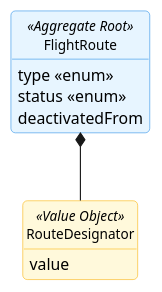
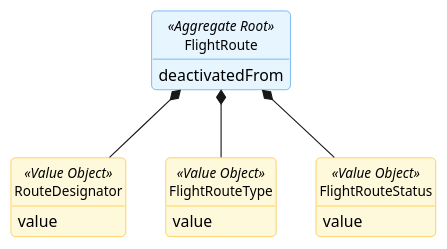
The diagram in docs/global-artifacts/02.analysis/puml/Aggregates/FlightRouteAggregate.puml (GustavoFerreira24/flight-management-platform), drawn with PlantUML before and after one commit. The commit also changed 15 other files, not shown here.

```diff
--- a/docs/global-artifacts/02.analysis/puml/Aggregates/FlightRouteAggregate.puml
+++ b/docs/global-artifacts/02.analysis/puml/Aggregates/FlightRouteAggregate.puml
@@ -1,38 +1,46 @@
 @startuml
 skinparam {
     BackgroundColor white
     RoundCorner 8
     Shadowing false
     Handwritten false
     ClassAttributeIconSize 0
 
     ClassBackgroundColor white
     ClassBorderColor #495057
     ClassFontSize 12
 
     ClassBackgroundColor<<Aggregate Root>> #E7F5FF
     ClassBorderColor<<Aggregate Root>> #228BE6
 
     ClassBackgroundColor<<Value Object>> #FFF9DB
     ClassBorderColor<<Value Object>> #FAB005
 
     ClassBackgroundColor<<Entity>> #F3F0FF
     ClassBorderColor<<Entity>> #7950F2
 }
 hide circle
 hide methods
 
-class FlightRoute <<Aggregate Root>> {
-    type <<enum>>
-    status <<enum>>
-    deactivatedFrom
-}
+ class FlightRoute <<Aggregate Root>> {
+        deactivatedFrom
+    }
 
-class RouteDesignator <<Value Object>> {
-    value
-}
+    class RouteDesignator <<Value Object>> {
+        value
+    }
 
-FlightRoute *-- RouteDesignator
+    class FlightRouteType <<Value Object>> {
+        value
+    }
+
+    class FlightRouteStatus <<Value Object>> {
+        value
+    }
+
+    FlightRoute *-- RouteDesignator
+    FlightRoute *-- FlightRouteType
+    FlightRoute *-- FlightRouteStatus
 
 
 @enduml
```
